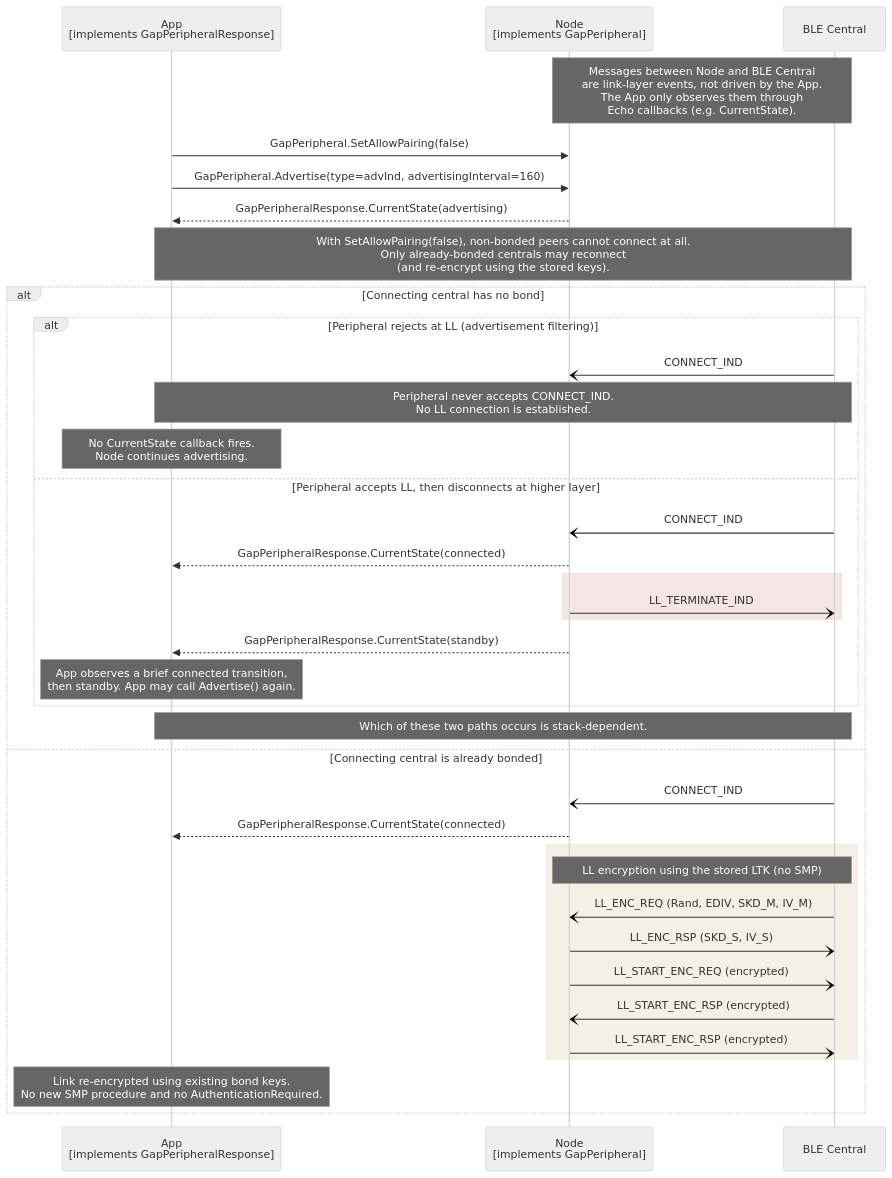
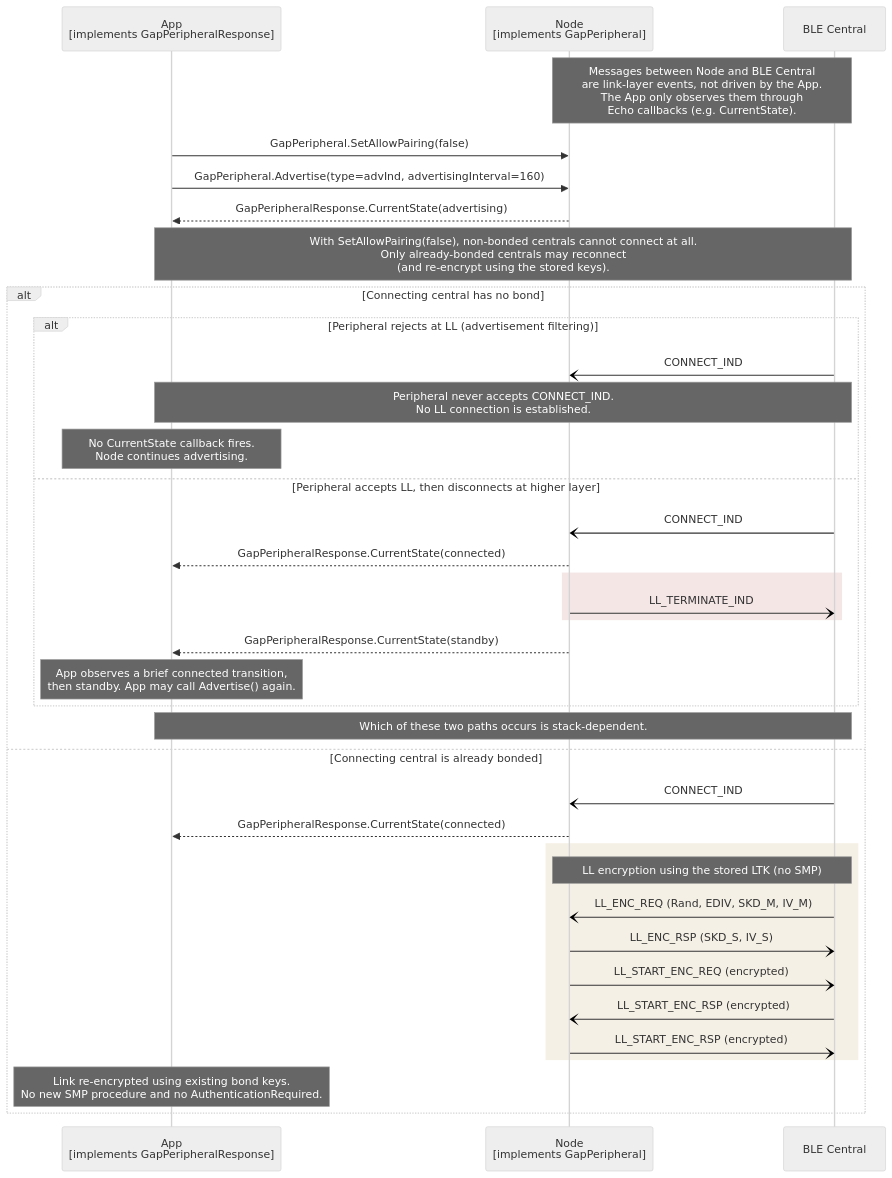
Before and after one commit to philips-software/amp-embedded-infra-lib: the diagram in documents/modules/ROOT/partials/echoservices/gap_peripheral/GapPeripheral_AllowPairingRejection_sequence.mmd, drawn with Mermaid (neutral theme). The commit also changed 10 other files, not shown here.

```diff
--- a/documents/modules/ROOT/partials/echoservices/gap_peripheral/GapPeripheral_AllowPairingRejection_sequence.mmd
+++ b/documents/modules/ROOT/partials/echoservices/gap_peripheral/GapPeripheral_AllowPairingRejection_sequence.mmd
@@ -1,42 +1,42 @@
 sequenceDiagram
     participant App as App<br>[implements GapPeripheralResponse]
     participant Node as Node<br>[implements GapPeripheral]
     participant Central as BLE Central
 
 
     Note over Node, Central: Messages between Node and BLE Central<br>are link-layer events, not driven by the App.<br>The App only observes them through<br>Echo callbacks (e.g. CurrentState).
 
     App->>Node: GapPeripheral.SetAllowPairing(false)
     App->>Node: GapPeripheral.Advertise(type=advInd, advertisingInterval=160)
     Node-->>App: GapPeripheralResponse.CurrentState(advertising)
 
-    Note over App, Central: With SetAllowPairing(false), non-bonded peers cannot connect at all.<br>Only already-bonded centrals may reconnect<br>(and re-encrypt using the stored keys).
+    Note over App, Central: With SetAllowPairing(false), non-bonded centrals cannot connect at all.<br>Only already-bonded centrals may reconnect<br>(and re-encrypt using the stored keys).
 
     alt Connecting central has no bond
         alt Peripheral rejects at LL (advertisement filtering)
             Central-)Node: CONNECT_IND
             Note over App, Central: Peripheral never accepts CONNECT_IND.<br>No LL connection is established.
             Note over App: No CurrentState callback fires.<br>Node continues advertising.
         else Peripheral accepts LL, then disconnects at higher layer
             Central-)Node: CONNECT_IND
             Node-->>App: GapPeripheralResponse.CurrentState(connected)
             rect rgb(245, 230, 230)
                 Node-)Central: LL_TERMINATE_IND
             end
             Node-->>App: GapPeripheralResponse.CurrentState(standby)
             Note over App: App observes a brief connected transition,<br>then standby. App may call Advertise() again.
         end
         Note over App, Central: Which of these two paths occurs is stack-dependent.
     else Connecting central is already bonded
         Central-)Node: CONNECT_IND
         Node-->>App: GapPeripheralResponse.CurrentState(connected)
         rect rgb(245, 240, 230)
             Note over Node, Central: LL encryption using the stored LTK (no SMP)
             Central-)Node: LL_ENC_REQ (Rand, EDIV, SKD_M, IV_M)
             Node-)Central: LL_ENC_RSP (SKD_S, IV_S)
             Node-)Central: LL_START_ENC_REQ (encrypted)
             Central-)Node: LL_START_ENC_RSP (encrypted)
             Node-)Central: LL_START_ENC_RSP (encrypted)
         end
         Note over App: Link re-encrypted using existing bond keys.<br>No new SMP procedure and no AuthenticationRequired.
     end
```
